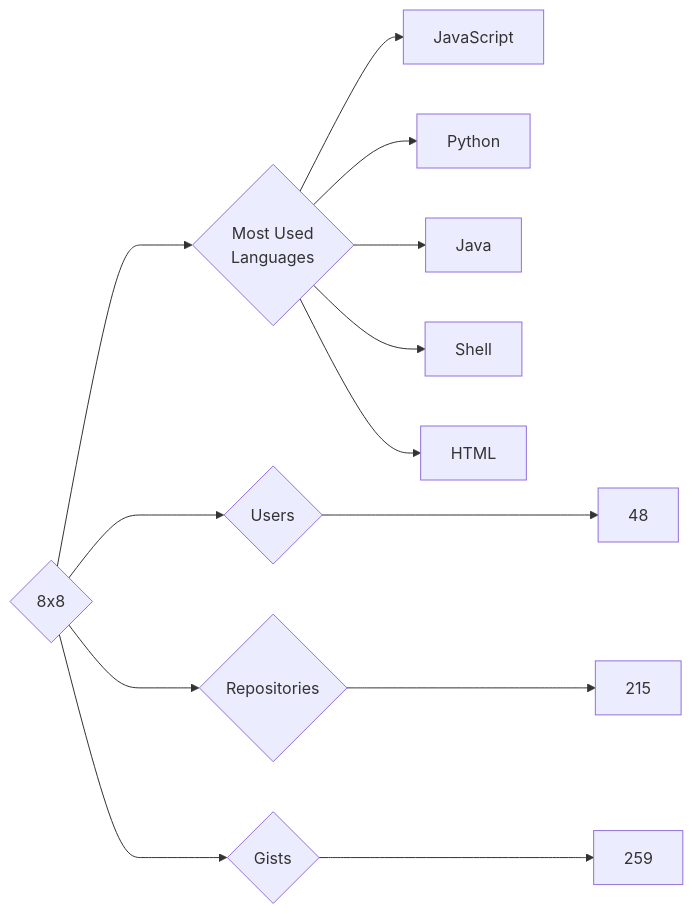
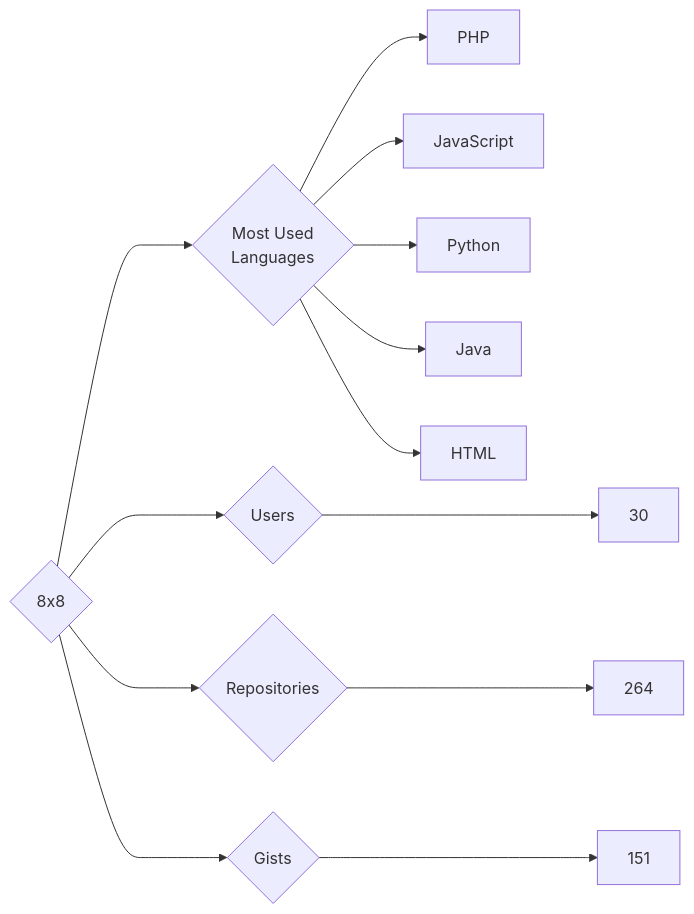
The diagram in targets/8x8/README.md (trickest/insiders), drawn with Mermaid before and after one commit. The commit also changed 861 other files, not shown here.

````diff
--- a/targets/8x8/README.md
+++ b/targets/8x8/README.md
@@ -3,13 +3,13 @@
 ```mermaid
 graph LR
 COMPANY_NAME{8x8}
-COMPANY_NAME ---> U{Users} ---> UN[48]
-COMPANY_NAME ---> R{Repositories} ---> RN[215]
-COMPANY_NAME ---> G{Gists} ---> GN[259]
+COMPANY_NAME ---> U{Users} ---> UN[30]
+COMPANY_NAME ---> R{Repositories} ---> RN[264]
+COMPANY_NAME ---> G{Gists} ---> GN[151]
 COMPANY_NAME ---> ML{Most Used<br>Languages}
+ML --> PHP[PHP]
 ML --> JavaScript[JavaScript]
 ML --> Python[Python]
 ML --> Java[Java]
-ML --> Shell[Shell]
 ML --> HTML[HTML]
 ```
````
